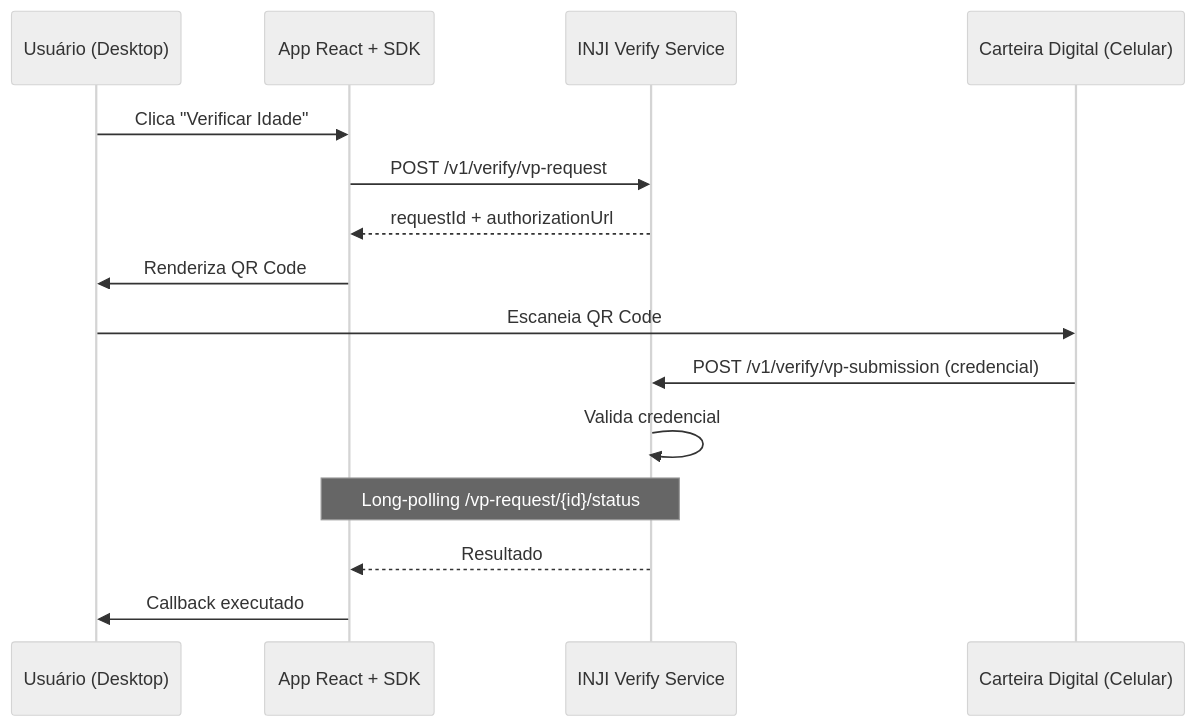
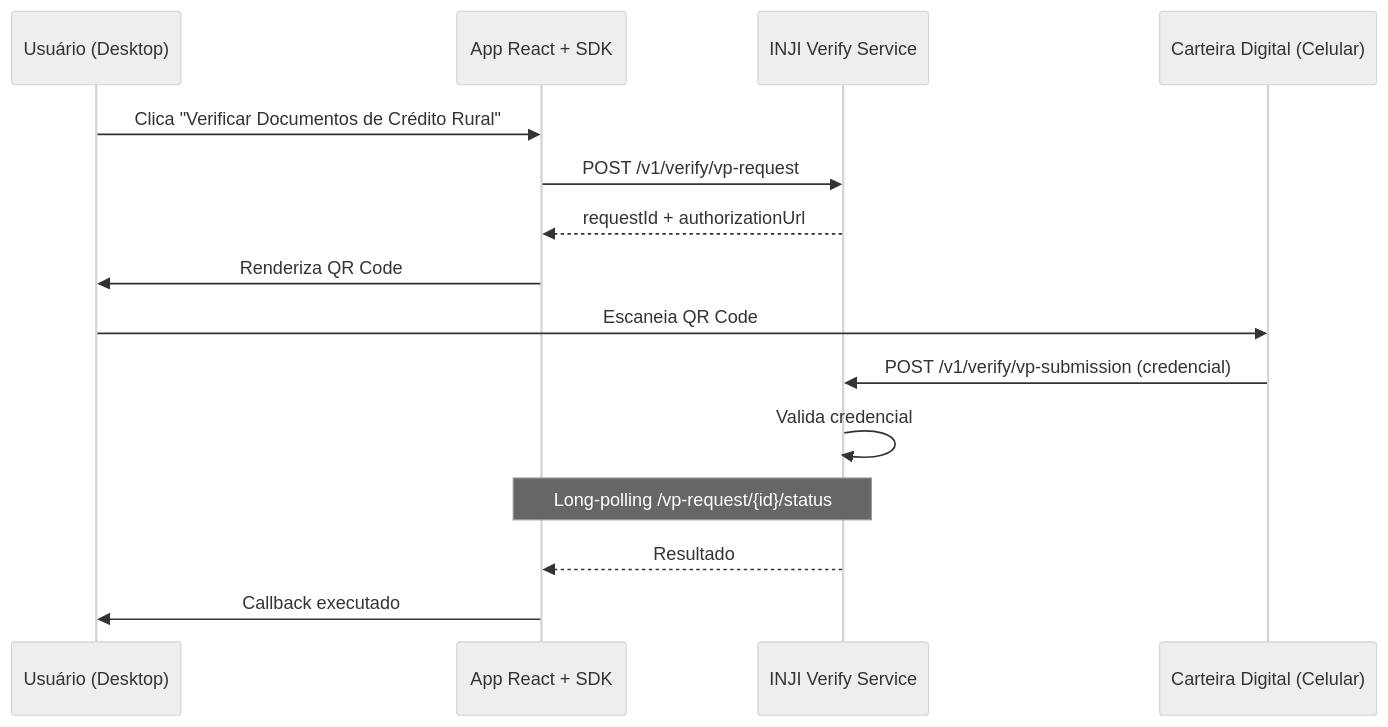
The diagram in integra-web.qmd (infraestrutura-digital/verifica-docs-rural_dev), drawn with Mermaid (neutral theme) before and after one commit. The commit also changed other lines of this file and 10 other files, not shown here.

Commit message:
Limpeza para  considerar os documentos de crédito rural

````diff
--- a/integra-web.qmd
+++ b/integra-web.qmd
@@ -11,18 +11,18 @@
 ```{mermaid}
 sequenceDiagram
     participant U as Usuário (Desktop)
     participant SDK as App React + SDK
     participant VS as INJI Verify Service
     participant W as Carteira Digital (Celular)
 
-    U->>SDK: Clica "Verificar Idade"
+    U->>SDK: Clica "Verificar Documentos de Crédito Rural"
     SDK->>VS: POST /v1/verify/vp-request
     VS-->>SDK: requestId + authorizationUrl
     SDK->>U: Renderiza QR Code
     U->>W: Escaneia QR Code
     W->>VS: POST /v1/verify/vp-submission (credencial)
     VS->>VS: Valida credencial
     Note over SDK,VS: Long-polling /vp-request/{id}/status
     VS-->>SDK: Resultado
     SDK->>U: Callback executado
 ```
````
